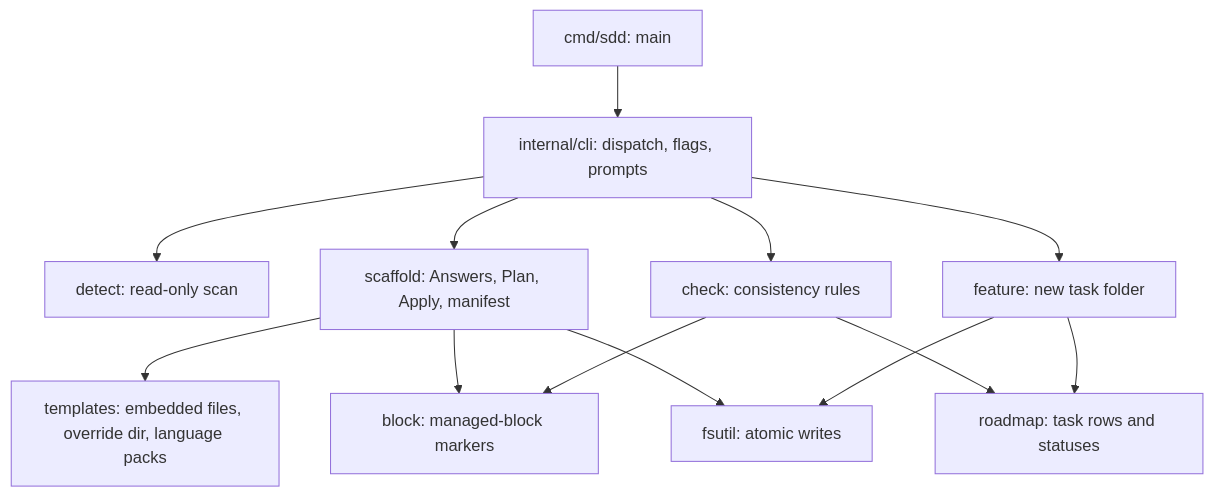
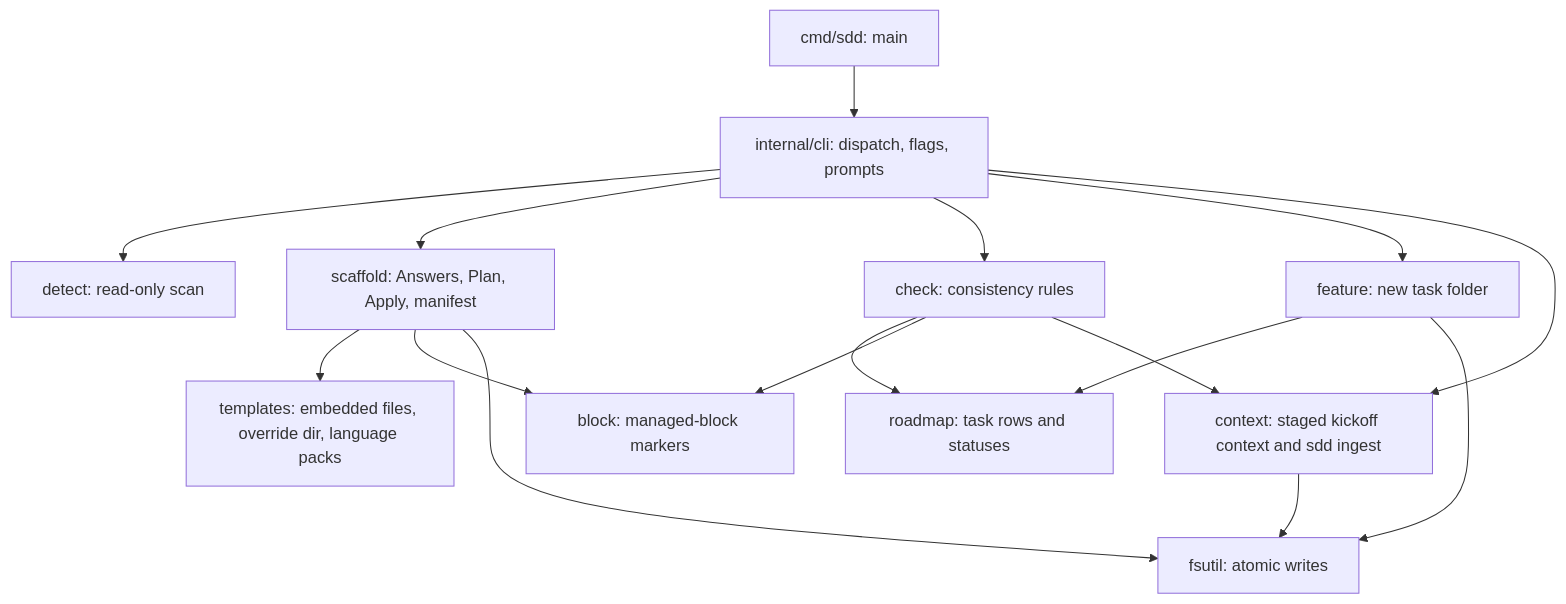
The diagram in TECH_STACK.md (vikashkumar21/sdd), drawn with Mermaid before and after one commit. The commit also changed 15 other files, not shown here.

First line of the commit message:
feat(context): implement context staging pipeline and sdd ingest command (T-014)

````diff
--- a/TECH_STACK.md
+++ b/TECH_STACK.md
@@ -38,15 +38,18 @@
 ```mermaid
 flowchart TD
     M["cmd/sdd: main"] --> C["internal/cli: dispatch, flags, prompts"]
     C --> D["detect: read-only scan"]
     C --> S["scaffold: Answers, Plan, Apply, manifest"]
     S --> T["templates: embedded files, override dir, language packs"]
     S --> B["block: managed-block markers"]
     S --> U["fsutil: atomic writes"]
     C --> K["check: consistency rules"]
     K --> R["roadmap: task rows and statuses"]
     K --> B
     C --> F["feature: new task folder"]
     F --> R
     F --> U
+    C --> X["context: staged kickoff context and sdd ingest"]
+    X --> U
+    K --> X
 ```
````
